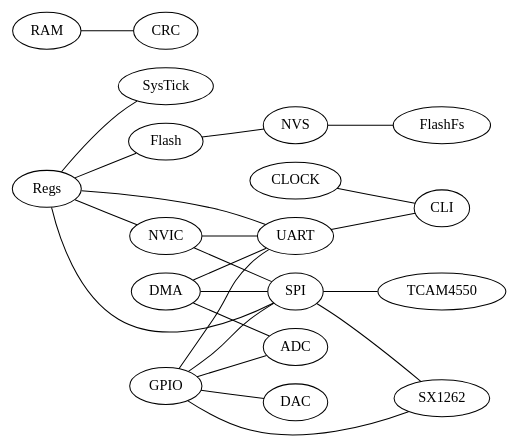
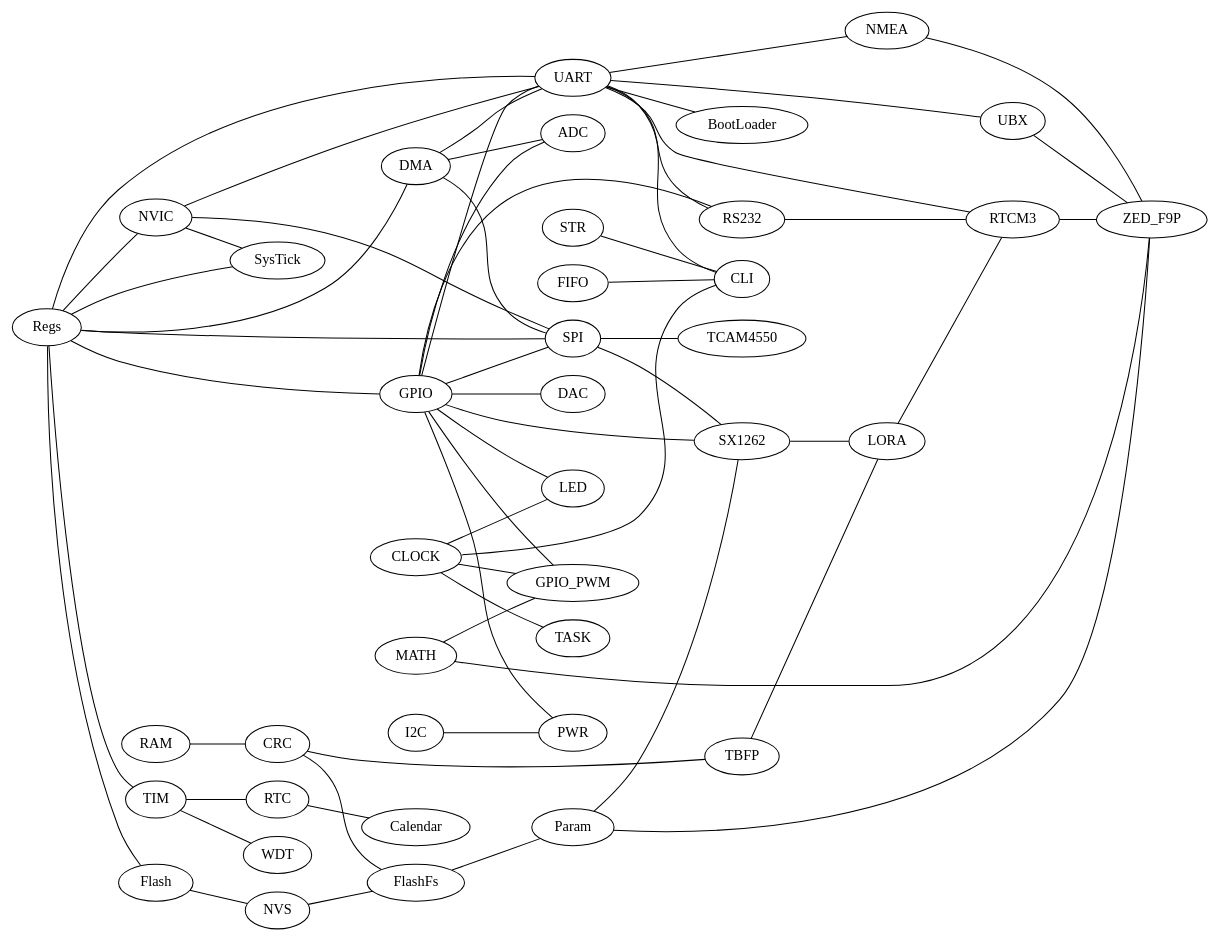
Before and after one commit to aabzel/ti_mcu_code_base: the diagram in docs/dependencies.dot, drawn with Graphviz. The commit also changed 1 other file, not shown here.

```diff
--- a/docs/dependencies.dot
+++ b/docs/dependencies.dot
@@ -1,25 +1,61 @@
 graph graphname {
 rankdir=LR;
     NVIC -- UART;
     DMA -- UART;
 	Regs--Flash;
     Regs -- UART;
     GPIO -- UART;
 	DMA--ADC;
+	TBFP--LORA;
     DMA -- SPI;
     NVIC -- SPI;
+	CRC--TBFP;
 	GPIO--DAC;
     Regs -- SPI;
+	Regs--DMA;
+	Regs--TIM;
+	NVIC--SysTick;
 	Regs--SysTick;
+	STR--CLI;
+	CLOCK--GPIO_PWM
+	GPIO--GPIO_PWM;
+	MATH--GPIO_PWM;
+	MATH--ZED_F9P;
 	SPI--SX1262;
 	GPIO--SX1262;
 	SPI--TCAM4550;
+	UART--BootLoader;
 	UART--CLI;
+	FIFO--CLI;
+	RTCM3--ZED_F9P;
+	UART--RS232;
+	I2C--PWR;
+	TIM--WDT;
+	GPIO--RS232;
+	GPIO--PWR;
+	CLOCK--TASK;
+	GPIO--LED;
+	UART--RTCM3;
+	LORA--RTCM3;
+	RS232--RTCM3;
+	CLOCK--LED;
 	CLOCK--CLI;
+	TIM--RTC;
+	RTC--Calendar;
+	NMEA--ZED_F9P;
+	UART--NMEA;
+	UART--UBX;
+	UBX--ZED_F9P;
+	SX1262--LORA;
 	GPIO--ADC;
+	Param--SX1262;
+	Param--ZED_F9P;
+	FlashFs--Param;
 	Regs--NVIC;
+	Regs--GPIO;
     GPIO -- SPI;
     RAM -- CRC;
     Flash -- NVS;
+	CRC--FlashFs;
     NVS -- FlashFs;
 }
```
